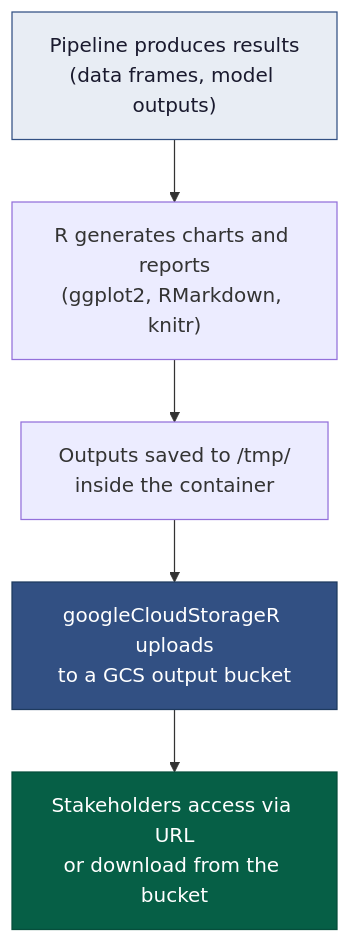
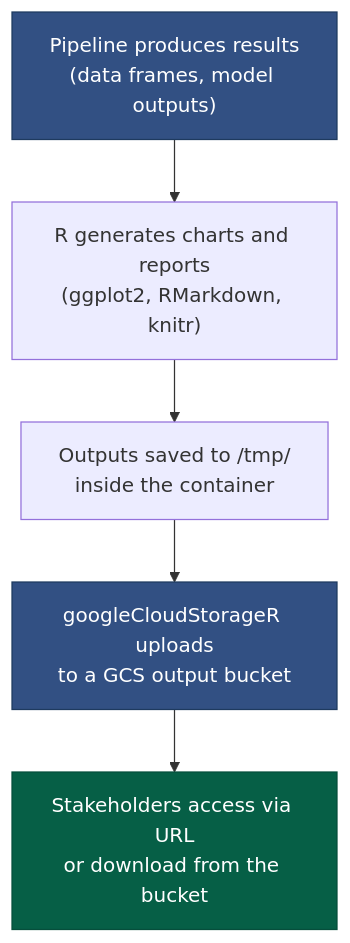
The diagram in docs/outputs-and-reporting.md (Ch3w3y/docker_gcp), drawn with Mermaid before and after one commit. The commit also changed 6 other files, not shown here.

````diff
--- a/docs/outputs-and-reporting.md
+++ b/docs/outputs-and-reporting.md
@@ -20,13 +20,13 @@
 ```mermaid
 flowchart TD
     A["Pipeline produces results<br/>(data frames, model outputs)"]
     B["R generates charts and reports<br/>(ggplot2, RMarkdown, knitr)"]
     C["Outputs saved to /tmp/<br/>inside the container"]
     D["googleCloudStorageR uploads<br/>to a GCS output bucket"]
     E["Stakeholders access via URL\nor download from the bucket"]
 
     A --> B --> C --> D --> E
-    style A fill:#e8edf4,stroke:#325083,color:#1a1a2e
+    style A fill:#325083,stroke:#1e3a5f,color:#ffffff
     style D fill:#325083,stroke:#1e3a5f,color:#ffffff
     style E fill:#065f46,stroke:#064e3b,color:#ffffff
 ```
````
